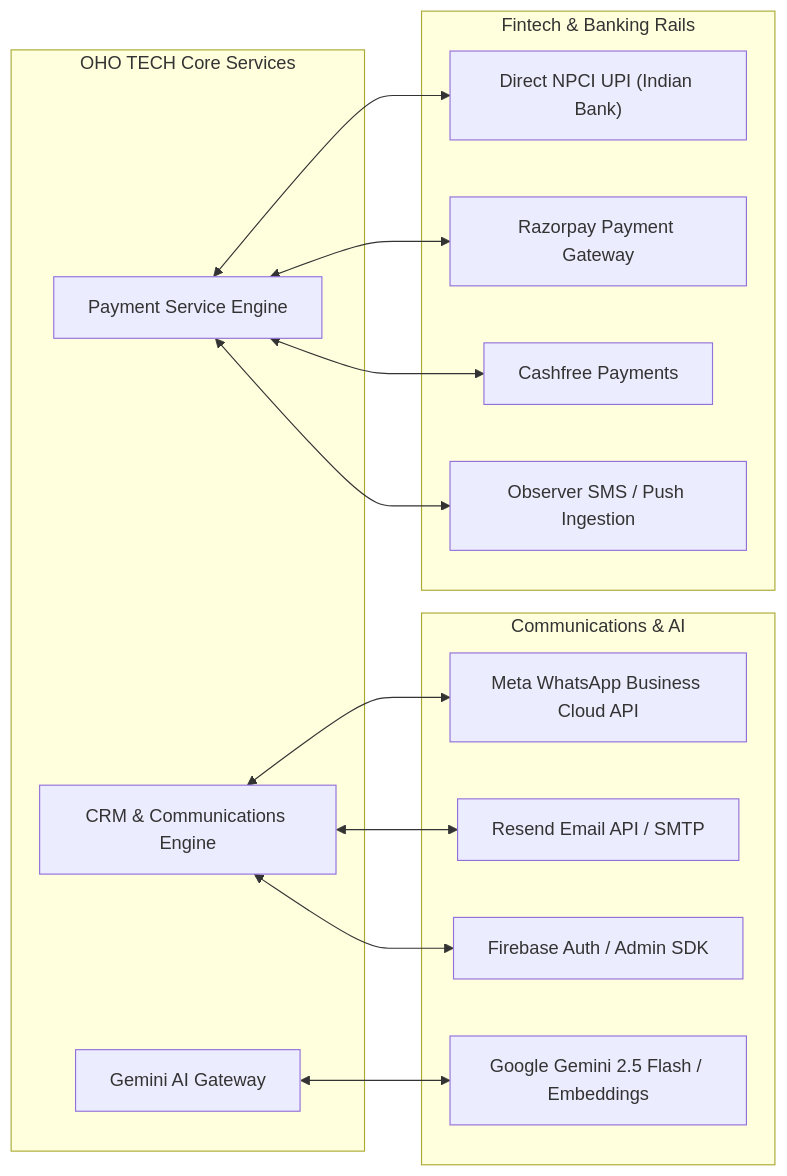
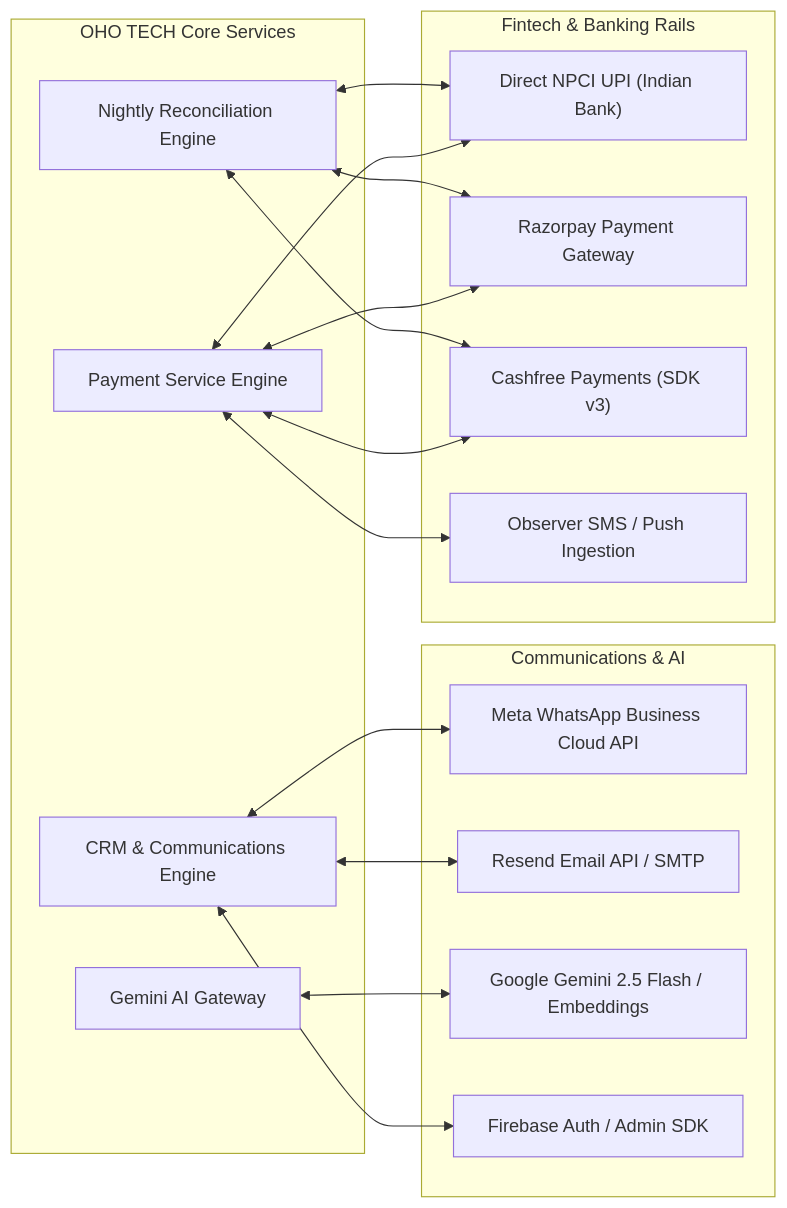
One commit to Himansu-Nayak/OHOTECHN changed the diagram in docs/audit_phase1/INTEGRATION_ARCHITECTURE.md. Above: the diagram before and after it, drawn with Mermaid. The commit also changed other lines of this file and 36 other files, not shown here.

````diff
--- a/docs/audit_phase1/INTEGRATION_ARCHITECTURE.md
+++ b/docs/audit_phase1/INTEGRATION_ARCHITECTURE.md
@@ -11,26 +12,28 @@
 ```mermaid
 flowchart LR
     subgraph OHO_TECH_CORE["OHO TECH Core Services"]
         PayService["Payment Service Engine"]
         CommService["CRM & Communications Engine"]
         AIService["Gemini AI Gateway"]
+        ReconService["Nightly Reconciliation Engine"]
     end
 
     subgraph FINTECH["Fintech & Banking Rails"]
         UPI["Direct NPCI UPI (Indian Bank)"]
         RZP["Razorpay Payment Gateway"]
-        CF["Cashfree Payments"]
+        CF["Cashfree Payments (SDK v3)"]
         OBS["Observer SMS / Push Ingestion"]
     end
 
     subgraph MESSAGING["Communications & AI"]
         META["Meta WhatsApp Business Cloud API"]
         RESEND["Resend Email API / SMTP"]
         GEMINI["Google Gemini 2.5 Flash / Embeddings"]
         FBASE["Firebase Auth / Admin SDK"]
     end
 
     PayService <--> UPI & RZP & CF & OBS
+    ReconService <--> RZP & CF & UPI
     CommService <--> META & RESEND & FBASE
     AIService <--> GEMINI
 ```
````
